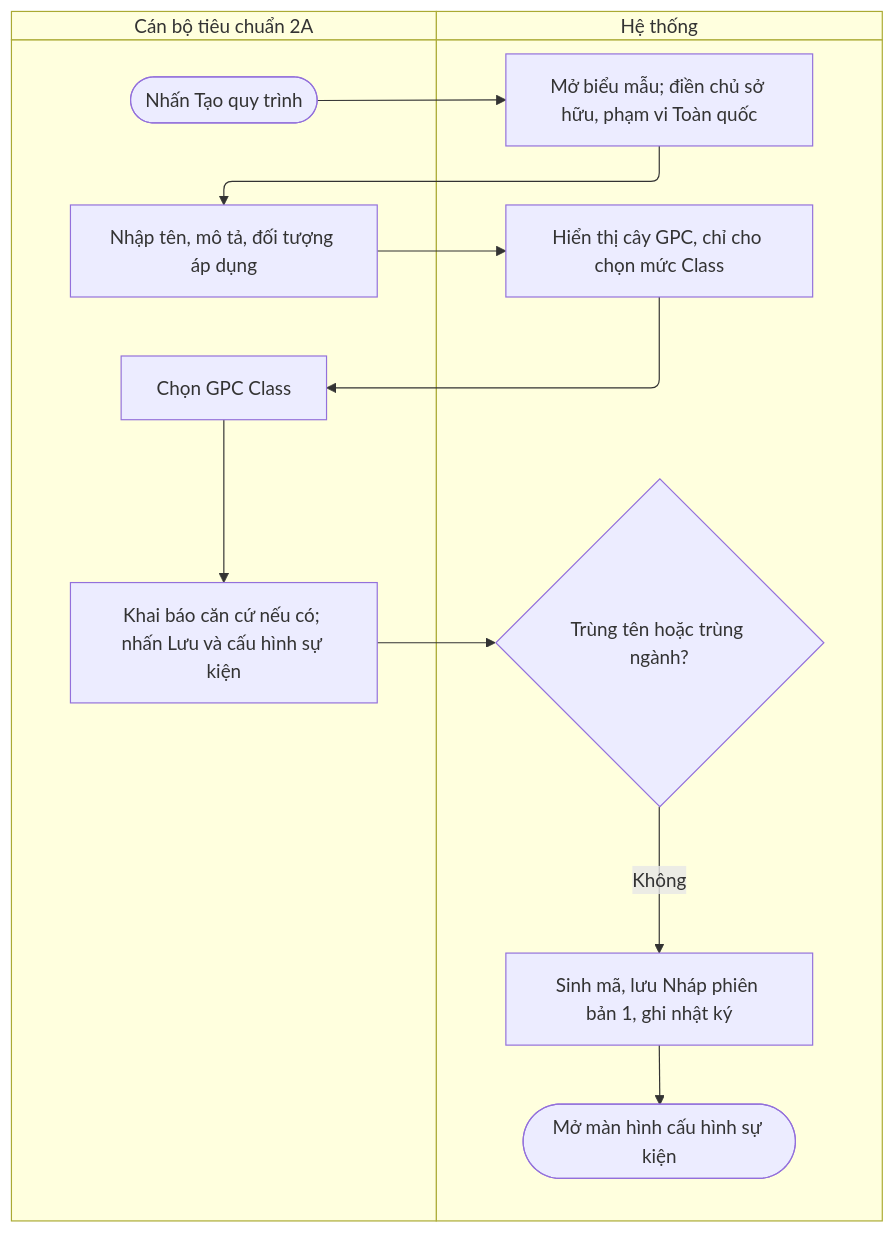
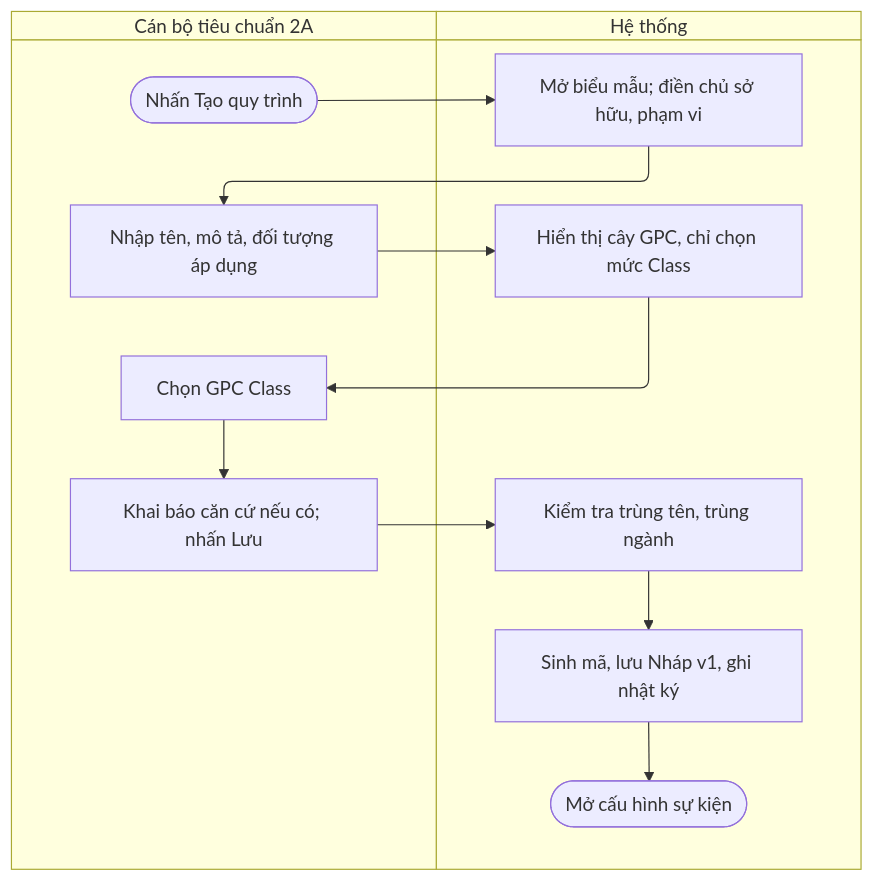
One commit to cuongnh-rd/ndatrace-attp changed the first of 2 diagrams in docs/prd/quy-trinh-tieu-chuan-txng/7.1-tao-khung-quy-trinh.md. Above: the diagram before and after it, drawn with Mermaid. The commit also changed other lines of this file and 9 other files, not shown here.

First line of the commit message:
docs(prd): vẽ lại swimlane Quy trình tiêu chuẩn TXNG, phạm vi trùng ngành theo cơ quan cấp 2, sửa tham chiếu luồng

````diff
--- a/docs/prd/quy-trinh-tieu-chuan-txng/7.1-tao-khung-quy-trinh.md
+++ b/docs/prd/quy-trinh-tieu-chuan-txng/7.1-tao-khung-quy-trinh.md
@@ -39,24 +39,24 @@
 ```mermaid
 swimlane-beta TB
   subgraph CB["Cán bộ tiêu chuẩn 2A"]
     s(["Nhấn Tạo quy trình"])
     c1["Nhập tên, mô tả, đối tượng áp dụng"]
     c2["Chọn GPC Class"]
-    c3["Khai báo căn cứ nếu có; nhấn Lưu và cấu hình sự kiện"]
+    c3["Khai báo căn cứ nếu có; nhấn Lưu"]
   end
   subgraph HT["Hệ thống"]
-    h1["Mở biểu mẫu; điền chủ sở hữu, phạm vi Toàn quốc"]
-    h2["Hiển thị cây GPC, chỉ cho chọn mức Class"]
-    d1{"Trùng tên hoặc trùng ngành?"}
-    h3["Sinh mã, lưu Nháp phiên bản 1, ghi nhật ký"]
-    e(["Mở màn hình cấu hình sự kiện"])
+    h1["Mở biểu mẫu; điền chủ sở hữu, phạm vi"]
+    h2["Hiển thị cây GPC, chỉ chọn mức Class"]
+    h3["Kiểm tra trùng tên, trùng ngành"]
+    h4["Sinh mã, lưu Nháp v1, ghi nhật ký"]
+    e(["Mở cấu hình sự kiện"])
   end
   s --> h1
   h1 --> c1
   c1 --> h2
   h2 --> c2
   c2 --> c3
-  c3 --> d1
-  d1 -->|Không| h3
-  h3 --> e
+  c3 --> h3
+  h3 --> h4
+  h4 --> e
 ```
````
